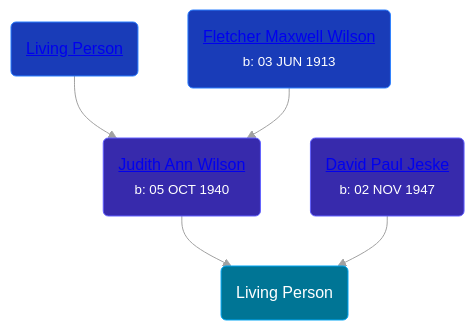
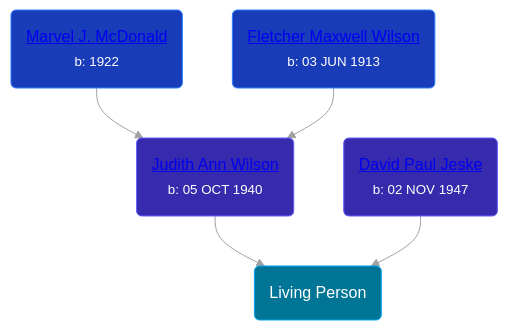
Before and after one commit to wpmgotkh/wpmgotkh.github.io: the diagram in pages/people/8/87801312.md, drawn with Mermaid. The commit also changed 257 other files, not shown here.

````diff
--- a/pages/people/8/87801312.md
+++ b/pages/people/8/87801312.md
@@ -10,12 +10,12 @@
 ```mermaid
 graph
 classDef grands fill:#193cb8,stroke:#2b7fff,stroke-width:1px,color:#fff;
 classDef parents fill:#372aac,stroke:#615fff,stroke-width:1px,color:#fff;
 classDef primary fill:#007595,stroke:#00a6f4,stroke-width:1px,color:#fff;
 87801312(Living Person):::primary
 50745588(<a class="text-white" href="/people/5/50745588">Judith Ann Wilson</a><br /><small>b: 05 OCT 1940</small>):::parents-->87801312
-1324224(<a class="text-white" href="/people/1/1324224">Living Person</a>):::grands-->50745588
+1324224(<a class="text-white" href="/people/1/1324224">Marvel J. McDonald</a><br /><small>b: 1922</small>):::grands-->50745588
 32597724(<a class="text-white" href="/people/3/32597724">Fletcher Maxwell Wilson</a><br /><small>b: 03 JUN 1913</small>):::grands-->50745588
 14618503(<a class="text-white" href="/people/1/14618503">David Paul Jeske</a><br /><small>b: 02 NOV 1947</small>):::parents-->87801312
 linkStyle default stroke:#a1a1a1
 ```
````
